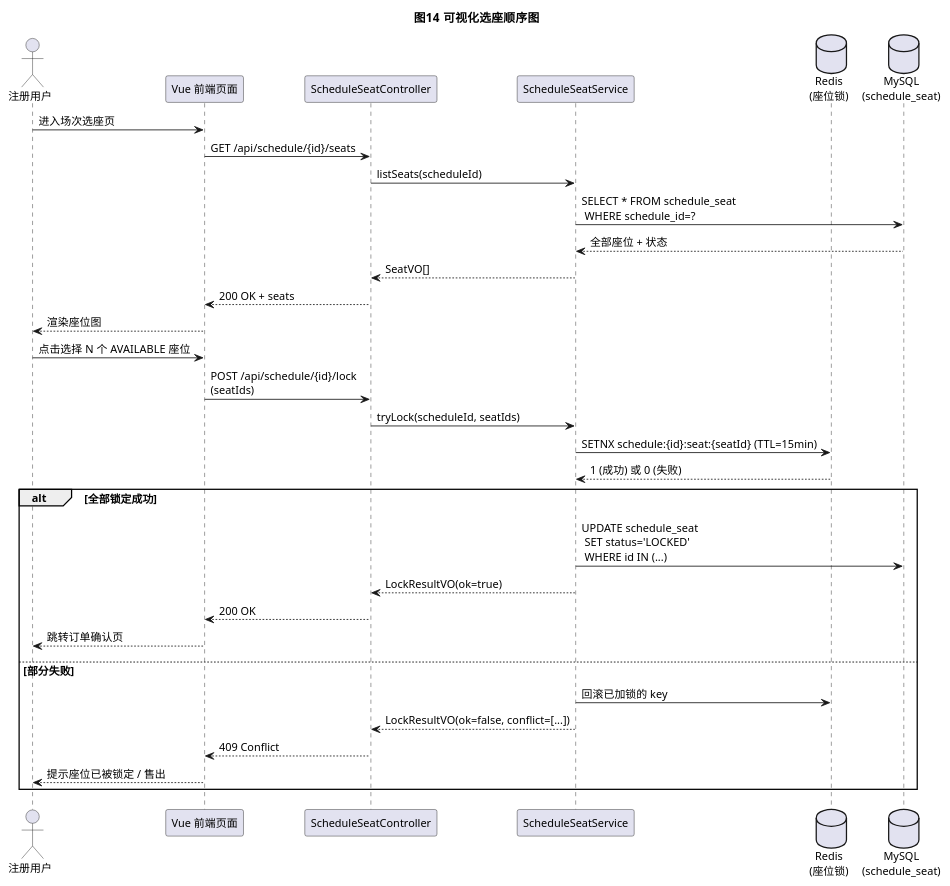
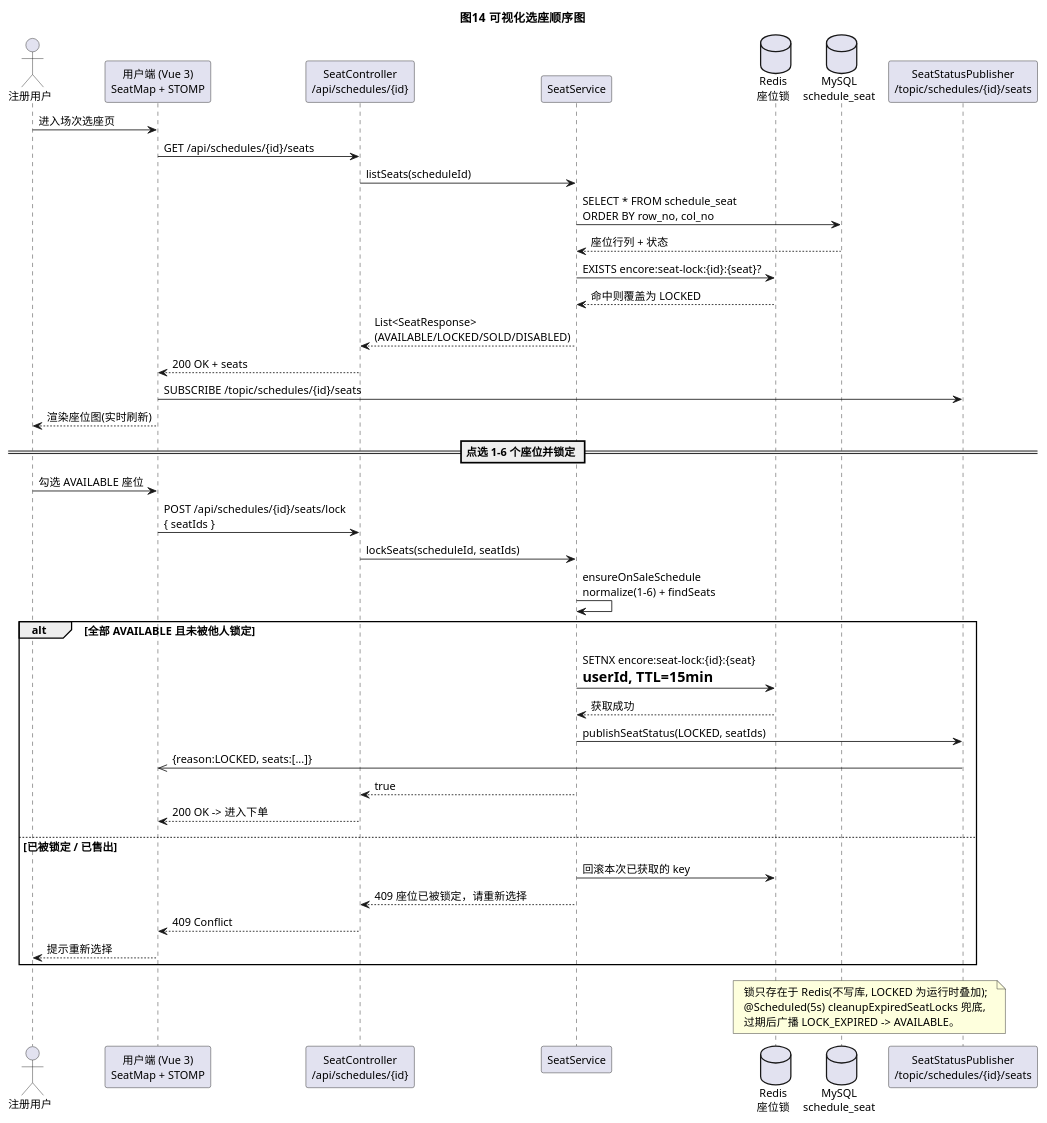
Before and after one commit to L0ne1y4Ever/ENCORE: the diagram in uml-source/figure-15.puml, drawn with PlantUML. The commit also changed 89 other files, not shown here.

```diff
--- a/uml-source/figure-15.puml
+++ b/uml-source/figure-15.puml
@@ -1,40 +1,52 @@
 @startuml
 !pragma teoz true
 skinparam shadowing false
 skinparam DefaultFontName "Microsoft YaHei"
 skinparam DefaultFontSize 13
 title 图14  可视化选座顺序图
 
 actor "注册用户" as User
-participant "Vue 前端页面" as FE
-participant "ScheduleSeatController" as Ctrl
-participant "ScheduleSeatService" as Svc
-database "Redis\n(座位锁)" as Redis
-database "MySQL\n(schedule_seat)" as DB
+participant "用户端 (Vue 3)\nSeatMap + STOMP" as FE
+participant "SeatController\n/api/schedules/{id}" as Ctrl
+participant "SeatService" as Svc
+database "Redis\n座位锁" as Redis
+database "MySQL\nschedule_seat" as DB
+participant "SeatStatusPublisher\n/topic/schedules/{id}/seats" as WS
 
 User -> FE : 进入场次选座页
-FE -> Ctrl : GET /api/schedule/{id}/seats
+FE -> Ctrl : GET /api/schedules/{id}/seats
 Ctrl -> Svc : listSeats(scheduleId)
-Svc -> DB : SELECT * FROM schedule_seat\n WHERE schedule_id=?
-DB --> Svc : 全部座位 + 状态
-Svc --> Ctrl : SeatVO[]
+Svc -> DB : SELECT * FROM schedule_seat\nORDER BY row_no, col_no
+DB --> Svc : 座位行列 + 状态
+Svc -> Redis : EXISTS encore:seat-lock:{id}:{seat}?
+Redis --> Svc : 命中则覆盖为 LOCKED
+Svc --> Ctrl : List<SeatResponse>\n(AVAILABLE/LOCKED/SOLD/DISABLED)
 Ctrl --> FE : 200 OK + seats
-FE --> User : 渲染座位图
+FE -> WS : SUBSCRIBE /topic/schedules/{id}/seats
+FE --> User : 渲染座位图(实时刷新)
 
-User -> FE : 点击选择 N 个 AVAILABLE 座位
-FE -> Ctrl : POST /api/schedule/{id}/lock\n(seatIds)
-Ctrl -> Svc : tryLock(scheduleId, seatIds)
-Svc -> Redis : SETNX schedule:{id}:seat:{seatId} (TTL=15min)
-Redis --> Svc : 1 (成功) 或 0 (失败)
-alt 全部锁定成功
-  Svc -> DB : UPDATE schedule_seat\n SET status='LOCKED'\n WHERE id IN (...)
-  Svc --> Ctrl : LockResultVO(ok=true)
-  Ctrl --> FE : 200 OK
-  FE --> User : 跳转订单确认页
-else 部分失败
-  Svc -> Redis : 回滚已加锁的 key
-  Svc --> Ctrl : LockResultVO(ok=false, conflict=[...])
+== 点选 1-6 个座位并锁定 ==
+User -> FE : 勾选 AVAILABLE 座位
+FE -> Ctrl : POST /api/schedules/{id}/seats/lock\n{ seatIds }
+Ctrl -> Svc : lockSeats(scheduleId, seatIds)
+Svc -> Svc : ensureOnSaleSchedule\nnormalize(1-6) + findSeats
+alt 全部 AVAILABLE 且未被他人锁定
+  Svc -> Redis : SETNX encore:seat-lock:{id}:{seat}\n= userId, TTL=15min
+  Redis --> Svc : 获取成功
+  Svc -> WS : publishSeatStatus(LOCKED, seatIds)
+  WS ->> FE : {reason:LOCKED, seats:[...]}
+  Svc --> Ctrl : true
+  Ctrl --> FE : 200 OK -> 进入下单
+else 已被锁定 / 已售出
+  Svc -> Redis : 回滚本次已获取的 key
+  Svc --> Ctrl : 409 座位已被锁定，请重新选择
   Ctrl --> FE : 409 Conflict
-  FE --> User : 提示座位已被锁定 / 售出
+  FE --> User : 提示重新选择
 end
+
+note over Redis, WS
+  锁只存在于 Redis(不写库, LOCKED 为运行时叠加);
+  @Scheduled(5s) cleanupExpiredSeatLocks 兜底,
+  过期后广播 LOCK_EXPIRED -> AVAILABLE。
+end note
 @enduml
```
